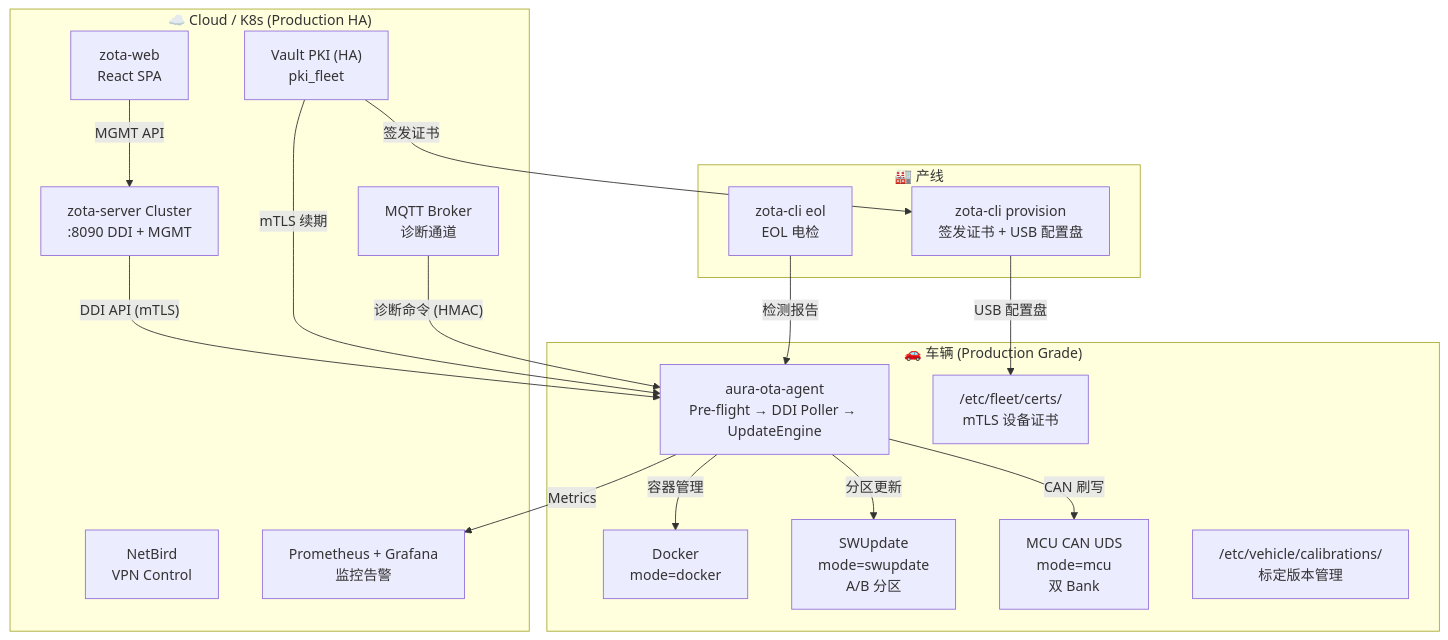
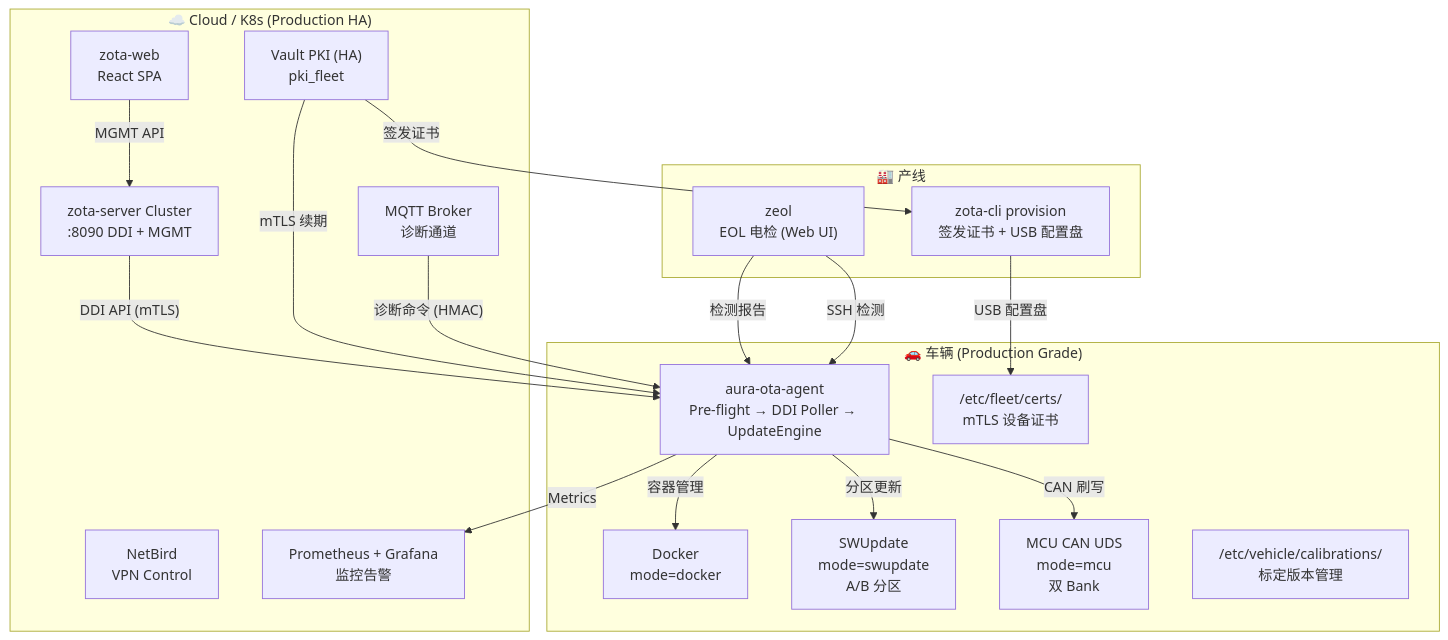
Before and after one commit to gottaBoy/my-skills: the diagram in skills/zota/SKILL.md, drawn with Mermaid. The commit also changed other lines of this file and 5 other files, not shown here.

````diff
--- a/skills/zota/SKILL.md
+++ b/skills/zota/SKILL.md
@@ -33,37 +33,38 @@
 ```mermaid
 flowchart TB
     subgraph Cloud["☁️ Cloud / K8s (Production HA)"]
         HB["zota-server Cluster<br/>:8090 DDI + MGMT"]
         HBUI["zota-web<br/>React SPA"]
         VAULT["Vault PKI (HA)<br/>pki_fleet"]
         NETBIRD["NetBird<br/>VPN Control"]
         MQTT["MQTT Broker<br/>诊断通道"]
         METRICS["Prometheus + Grafana<br/>监控告警"]
     end
 
     subgraph Factory["🏭 产线"]
         ZOTA_CLI_PROV["zota-cli provision<br/>签发证书 + USB 配置盘"]
-        EOL["zota-cli eol<br/>EOL 电检"]
+        ZEOL["zeol<br/>EOL 电检 (Web UI)"]
     end
 
     subgraph Vehicle["🚗 车辆 (Production Grade)"]
         AGENT["aura-ota-agent<br/>Pre-flight → DDI Poller → UpdateEngine"]
         DOCKER["Docker<br/>mode=docker"]
         SWUPDATE["SWUpdate<br/>mode=swupdate<br/>A/B 分区"]
         MCU["MCU CAN UDS<br/>mode=mcu<br/>双 Bank"]
         CERTS["/etc/fleet/certs/<br/>mTLS 设备证书"]
         CALIB["/etc/vehicle/calibrations/<br/>标定版本管理"]
     end
 
     HB -->|"DDI API (mTLS)"| AGENT
     HBUI -->|"MGMT API"| HB
     VAULT -->|"签发证书"| ZOTA_CLI_PROV
     VAULT -->|"mTLS 续期"| AGENT
     AGENT -->|"容器管理"| DOCKER
     AGENT -->|"分区更新"| SWUPDATE
     AGENT -->|"CAN 刷写"| MCU
     MQTT -->|"诊断命令 (HMAC)"| AGENT
     AGENT -->|"Metrics"| METRICS
     ZOTA_CLI_PROV -->|"USB 配置盘"| CERTS
-    EOL -->|"检测报告"| AGENT
+    ZEOL -->|"检测报告"| AGENT
+    ZEOL -->|"SSH 检测"| AGENT
 ```
````
